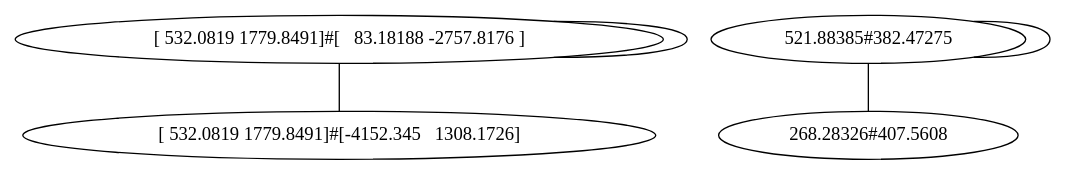
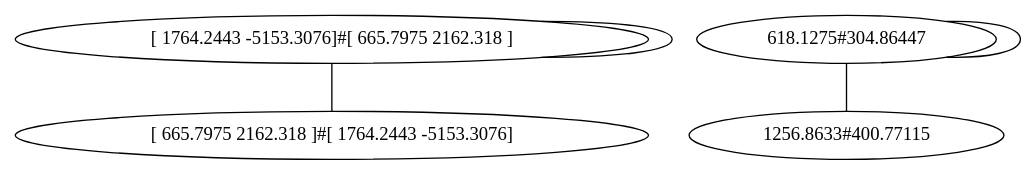
Before and after one commit to shrinivaasanka/asfer-github-code: the diagram in python-src/image_pattern_mining/ImageNet/ImageNet_Keras_Theano_Segmentation_FaceGraph.dot, drawn with Graphviz. The commit also changed 10 other files, not shown here.

```diff
--- a/python-src/image_pattern_mining/ImageNet/ImageNet_Keras_Theano_Segmentation_FaceGraph.dot
+++ b/python-src/image_pattern_mining/ImageNet/ImageNet_Keras_Theano_Segmentation_FaceGraph.dot
@@ -1,10 +1,10 @@
 graph  {
-"[ 532.0819 1779.8491]#[   83.18188 -2757.8176 ]";
-"[ 532.0819 1779.8491]#[-4152.345   1308.1726]";
-"521.88385#382.47275";
-"268.28326#407.5608";
-"[ 532.0819 1779.8491]#[   83.18188 -2757.8176 ]" -- "[ 532.0819 1779.8491]#[   83.18188 -2757.8176 ]";
-"[ 532.0819 1779.8491]#[   83.18188 -2757.8176 ]" -- "[ 532.0819 1779.8491]#[-4152.345   1308.1726]";
-"521.88385#382.47275" -- "521.88385#382.47275";
-"521.88385#382.47275" -- "268.28326#407.5608";
+"[ 1764.2443 -5153.3076]#[ 665.7975 2162.318 ]";
+"[ 665.7975 2162.318 ]#[ 1764.2443 -5153.3076]";
+"618.1275#304.86447";
+"1256.8633#400.77115";
+"[ 1764.2443 -5153.3076]#[ 665.7975 2162.318 ]" -- "[ 1764.2443 -5153.3076]#[ 665.7975 2162.318 ]";
+"[ 1764.2443 -5153.3076]#[ 665.7975 2162.318 ]" -- "[ 665.7975 2162.318 ]#[ 1764.2443 -5153.3076]";
+"618.1275#304.86447" -- "618.1275#304.86447";
+"618.1275#304.86447" -- "1256.8633#400.77115";
 }
```
